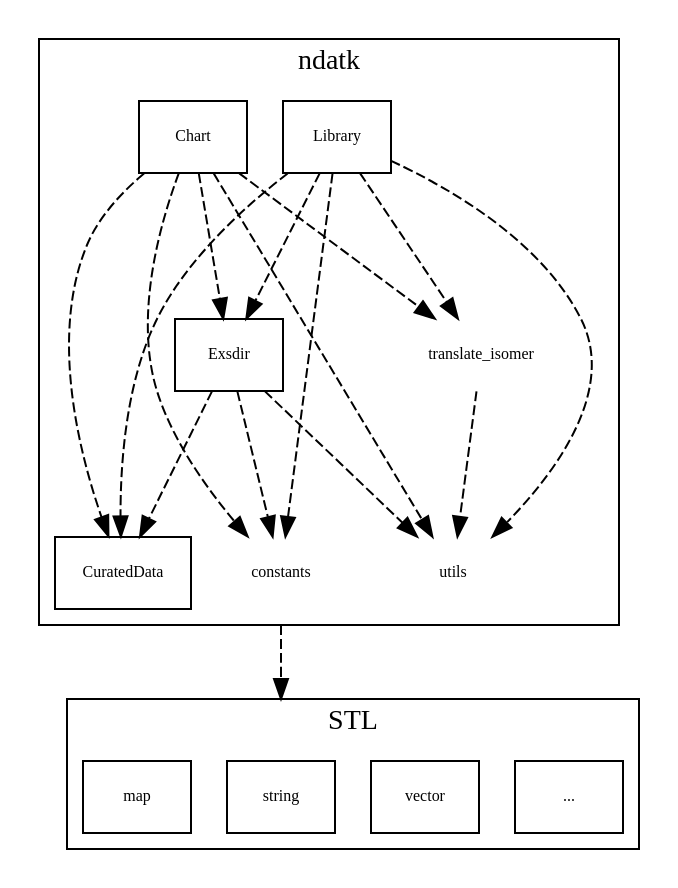
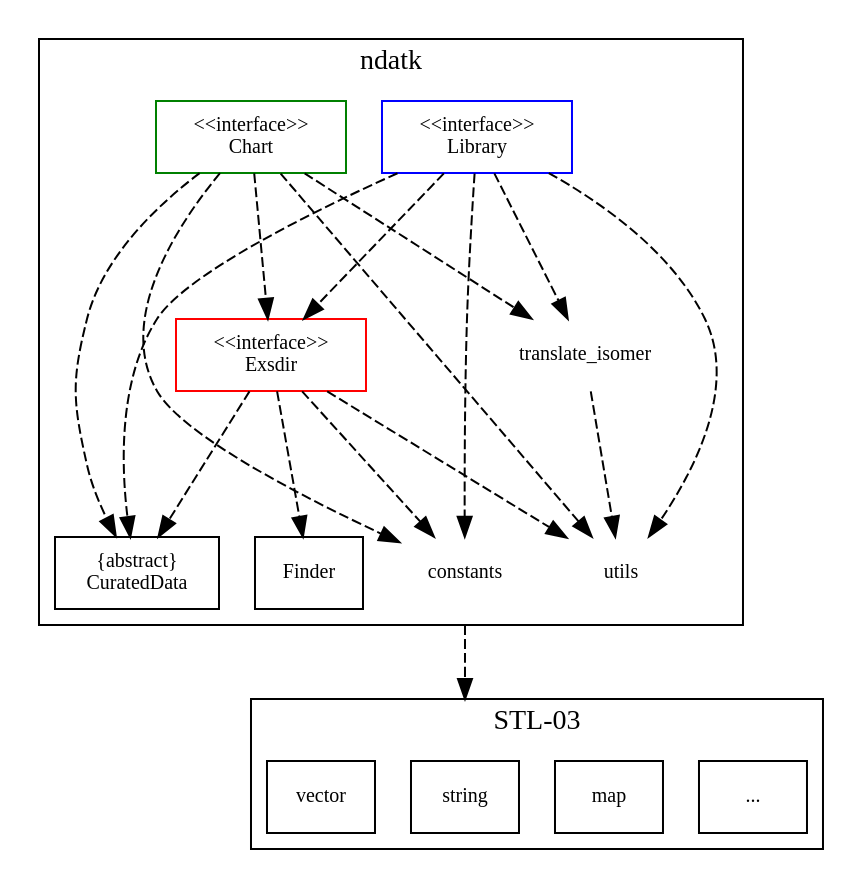
The diagram in doc/talk/package.dot (lanl/NDATK), drawn with Graphviz before and after one commit. The commit also changed 5 other files, not shown here.

```diff
--- a/doc/talk/package.dot
+++ b/doc/talk/package.dot
@@ -1,44 +1,48 @@
 digraph Package {
-        /* size="7.5,10";*/
+        /* label="ndatk Package Diagram"; */
         center=1;
         ratio=fill
-        node[fontsize=8];
+        node[fontsize=10];
         compound=true;
-        edge[style=dashed,minlen=2];
+        edge[style=dashed, minlen=2];
 
         subgraph cluster0 {
                  label="ndatk";
-                 Chart[shape=box];
-                 Library[shape=box];
-                 Exsdir[shape=box];
-                 CuratedData[shape=box];
+                 Chart[label="\<\<interface\>\>\nChart",shape=box,color=green];
+                 Library[label="\<\<interface\>\>\nLibrary",shape=box,color=blue];
+                 Exsdir[label="\<\<interface\>\>\nExsdir",shape=box,color=red];
+                 CuratedData[label="{abstract}\nCuratedData",shape=box];
+                 Finder[shape=box];
                  constants[shape=plaintext];
                  utils[shape=plaintext];
                  translate_isomer[shape=plaintext];
                  Library -> translate_isomer;
                  Library -> constants;
                  Library -> utils;
                  Library -> CuratedData;
                  Library -> Exsdir;
 
                  Chart -> translate_isomer;
                  Chart -> constants;
                  Chart -> utils;
                  Chart -> CuratedData;
                  Chart -> Exsdir;
-
+   
                  Exsdir -> constants;
                  Exsdir -> utils;
                  Exsdir -> CuratedData;
+                 Exsdir -> Finder;
         
-                translate_isomer -> utils;
+                 translate_isomer -> utils;
         }
+
         subgraph cluster1 {
-                 label="STL";
+                 label="STL-03";
                  algorithm[label="...",shape=box];
+                 map[shape=box];
+                 string[shape=box];
                  vector[shape=box];
-                 string[shape=box];
-                 map[shape=box];
+
         }
         constants -> string[ltail=cluster0,lhead=cluster1];
 }
```
